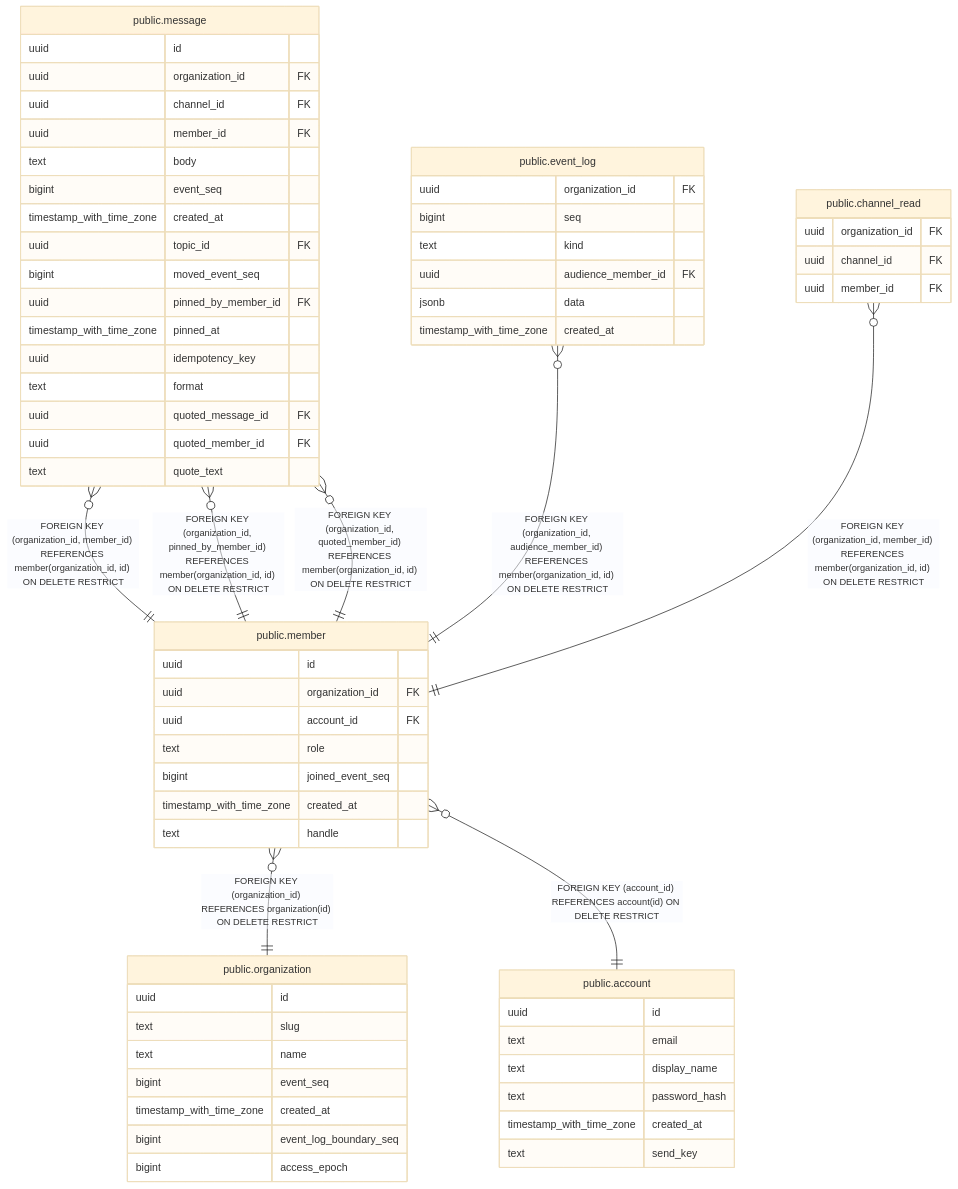
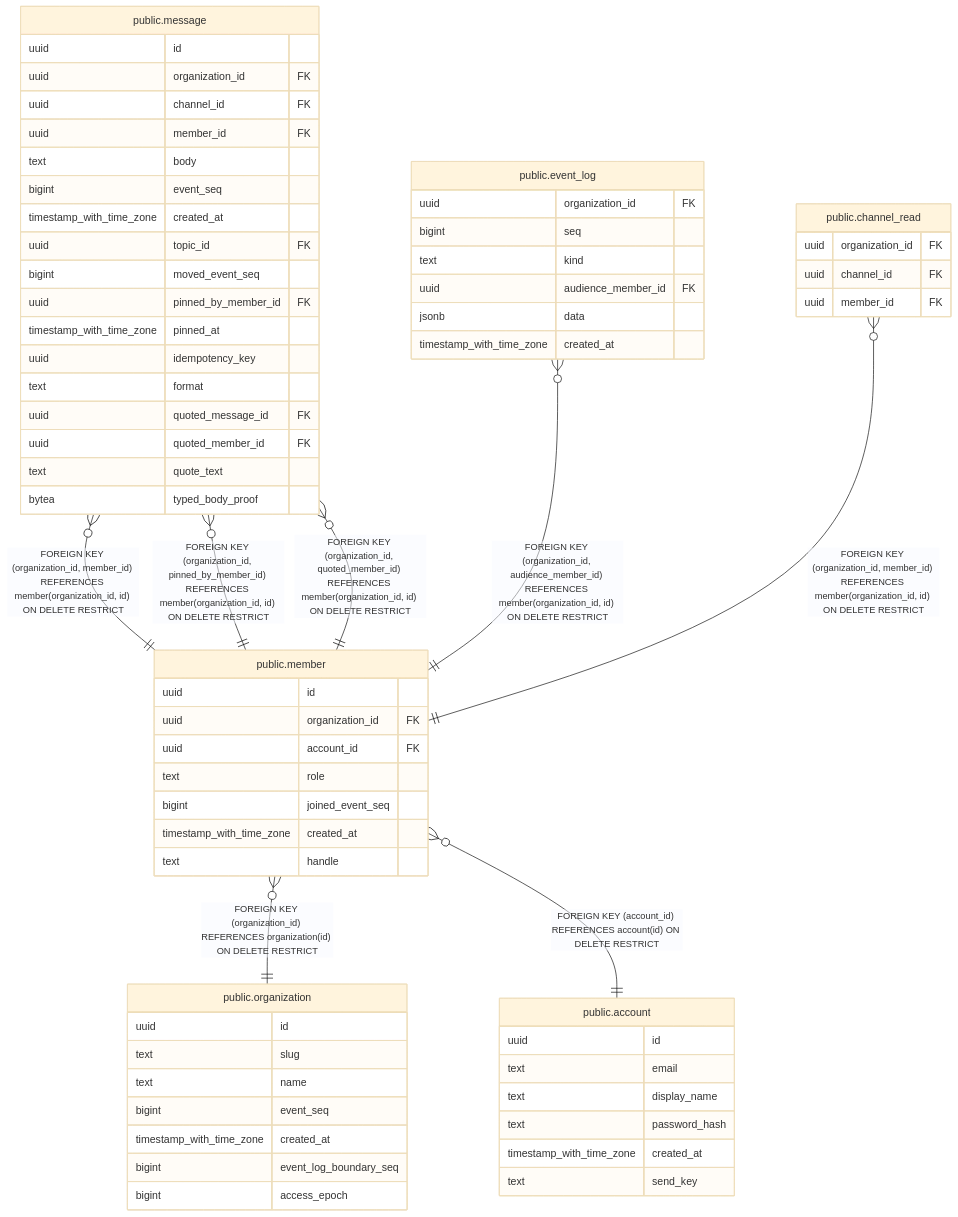
The diagram in docs/schema/public.member.md (tkakkie/ribbitto), drawn with Mermaid (base theme) before and after one commit. The commit also changed 36 other files, not shown here.

First line of the commit message:
feat(conversation): store a typed-body proof for idempotent retries (#1334)

````diff
--- a/docs/schema/public.member.md
+++ b/docs/schema/public.member.md
@@ -55,69 +55,70 @@
 ```mermaid
 erDiagram
 
 "public.message" }o--|| "public.member" : "FOREIGN KEY (organization_id, member_id) REFERENCES member(organization_id, id) ON DELETE RESTRICT"
 "public.message" }o--|| "public.member" : "FOREIGN KEY (organization_id, pinned_by_member_id) REFERENCES member(organization_id, id) ON DELETE RESTRICT"
 "public.message" }o--|| "public.member" : "FOREIGN KEY (organization_id, quoted_member_id) REFERENCES member(organization_id, id) ON DELETE RESTRICT"
 "public.event_log" }o--|| "public.member" : "FOREIGN KEY (organization_id, audience_member_id) REFERENCES member(organization_id, id) ON DELETE RESTRICT"
 "public.channel_read" }o--|| "public.member" : "FOREIGN KEY (organization_id, member_id) REFERENCES member(organization_id, id) ON DELETE RESTRICT"
 "public.member" }o--|| "public.organization" : "FOREIGN KEY (organization_id) REFERENCES organization(id) ON DELETE RESTRICT"
 "public.member" }o--|| "public.account" : "FOREIGN KEY (account_id) REFERENCES account(id) ON DELETE RESTRICT"
 
 "public.member" {
   uuid id
   uuid organization_id FK
   uuid account_id FK
   text role
   bigint joined_event_seq
   timestamp_with_time_zone created_at
   text handle
 }
 "public.message" {
   uuid id
   uuid organization_id FK
   uuid channel_id FK
   uuid member_id FK
   text body
   bigint event_seq
   timestamp_with_time_zone created_at
   uuid topic_id FK
   bigint moved_event_seq
   uuid pinned_by_member_id FK
   timestamp_with_time_zone pinned_at
   uuid idempotency_key
   text format
   uuid quoted_message_id FK
   uuid quoted_member_id FK
   text quote_text
+  bytea typed_body_proof
 }
 "public.event_log" {
   uuid organization_id FK
   bigint seq
   text kind
   uuid audience_member_id FK
   jsonb data
   timestamp_with_time_zone created_at
 }
 "public.channel_read" {
   uuid organization_id FK
   uuid channel_id FK
   uuid member_id FK
 }
 "public.organization" {
   uuid id
   text slug
   text name
   bigint event_seq
   timestamp_with_time_zone created_at
   bigint event_log_boundary_seq
   bigint access_epoch
 }
 "public.account" {
   uuid id
   text email
   text display_name
   text password_hash
   timestamp_with_time_zone created_at
   text send_key
 }
 ```
````
